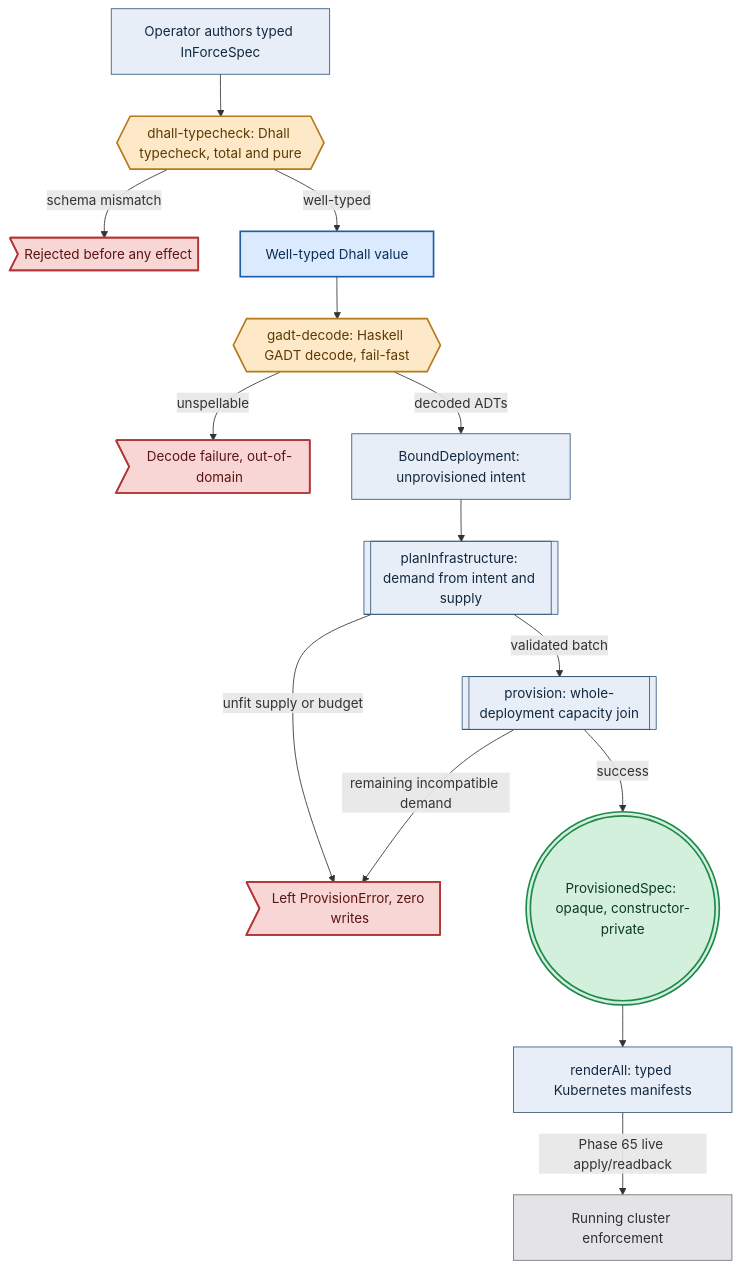
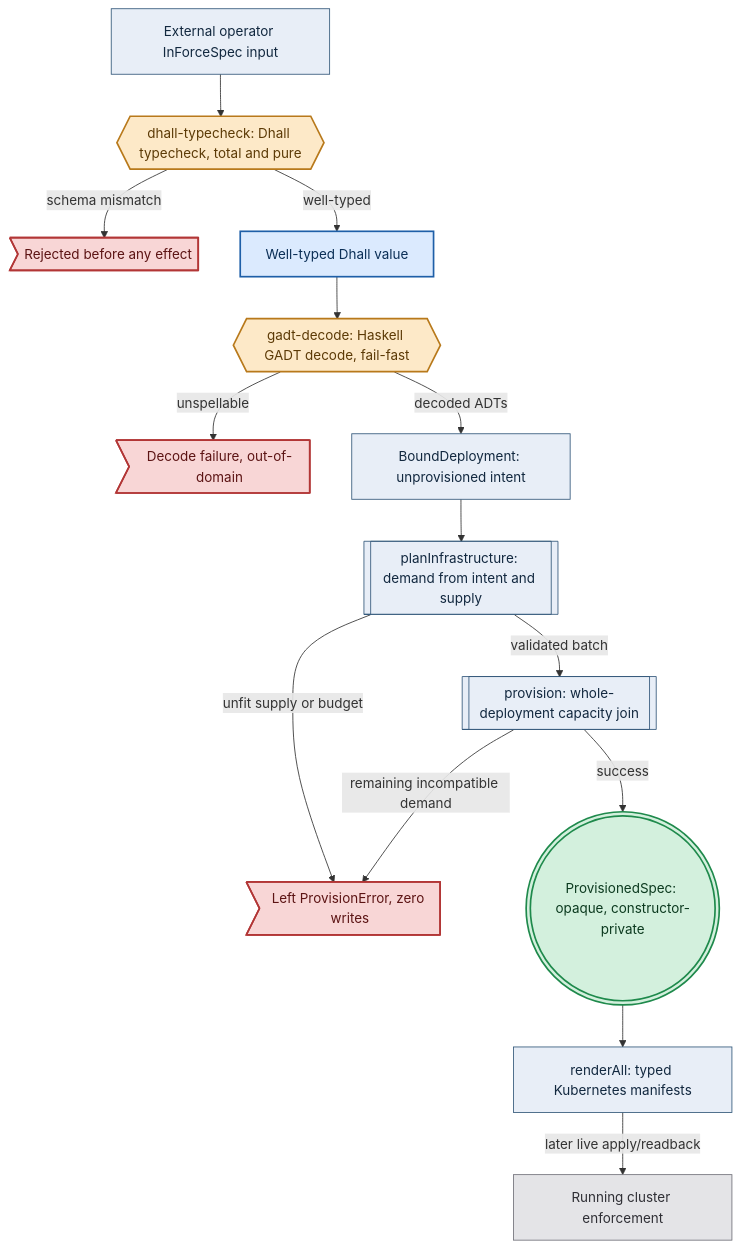
One commit to Tuee22/amoebius changed the fourth of 4 diagrams in documents/engineering/dsl_doctrine.md. Above: the diagram before and after it, drawn with Mermaid. The commit also changed other lines of this file and 219 other files, not shown here.

````diff
--- a/documents/engineering/dsl_doctrine.md
+++ b/documents/engineering/dsl_doctrine.md
@@ -633,38 +609,38 @@
 ```mermaid
 flowchart TD
 %% register: algebra
-  author["Operator authors typed InForceSpec"]:::intent
+  author["External operator InForceSpec input"]:::intent
   g1{{"dhall-typecheck: Dhall typecheck, total and pure"}}:::gate
   typed["Well-typed Dhall value"]:::provenPB
   g2{{"gadt-decode: Haskell GADT decode, fail-fast"}}:::gate
   bound["BoundDeployment: unprovisioned intent"]:::intent
   plan[["planInfrastructure: demand from intent and supply"]]:::intent
   prov[["provision: whole-deployment capacity join"]]:::intent
   sealed((("ProvisionedSpec: opaque, constructor-private"))):::seal
   render["renderAll: typed Kubernetes manifests"]:::intent
   live["Running cluster enforcement"]:::runtime
   rej1>"Rejected before any effect"]:::refuse
   rej2>"Decode failure, out-of-domain"]:::refuse
   rej3>"Left ProvisionError, zero writes"]:::refuse
   author --> g1
   g1 -->|"schema mismatch"| rej1
   g1 -->|"well-typed"| typed
   typed --> g2
   g2 -->|"unspellable"| rej2
   g2 -->|"decoded ADTs"| bound
   bound --> plan
   plan -->|"unfit supply or budget"| rej3
   plan -->|"validated batch"| prov
   prov -->|"remaining incompatible demand"| rej3
   prov -->|"success"| sealed
   sealed --> render
-  render -->|"Phase 65 live apply/readback"| live
+  render -->|"later live apply/readback"| live
   classDef intent   fill:#e8eef7,stroke:#33587a,color:#12283f,stroke-width:1px
   classDef provenPB fill:#dbeafe,stroke:#1e5fa8,color:#0b2f57,stroke-width:2px
   classDef gate     fill:#fde9c8,stroke:#b8791b,color:#5c3a06,stroke-width:2px
   classDef decision fill:#fdf3d8,stroke:#b8791b,color:#5c3a06,stroke-width:1px
   classDef effect   fill:#e7ddf5,stroke:#6b3fa0,color:#2f1a52,stroke-width:2px
   classDef seal     fill:#d3f0dd,stroke:#1f8a4c,color:#0c3a1f,stroke-width:2px
   classDef refuse   fill:#f8d6d6,stroke:#b23636,color:#5c1414,stroke-width:2px
   classDef runtime  fill:#e4e4e7,stroke:#71717a,color:#2f2f35,stroke-width:1px
 ```
````
